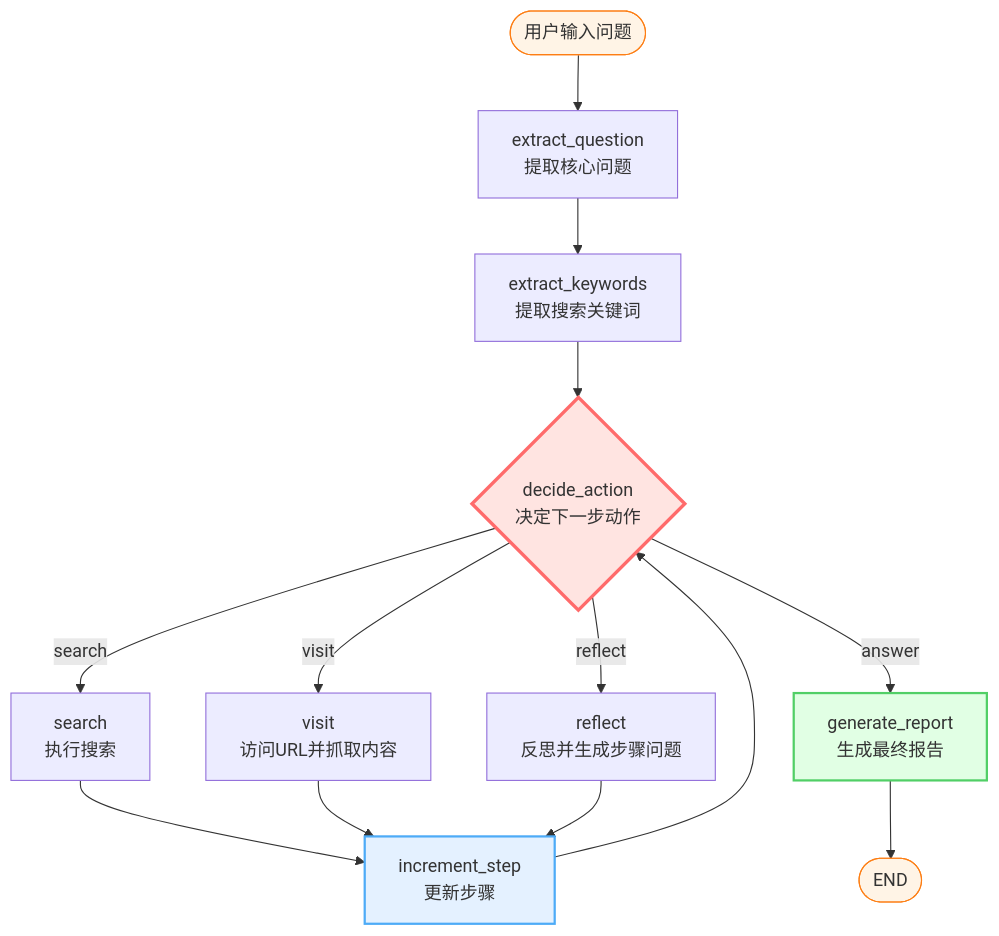
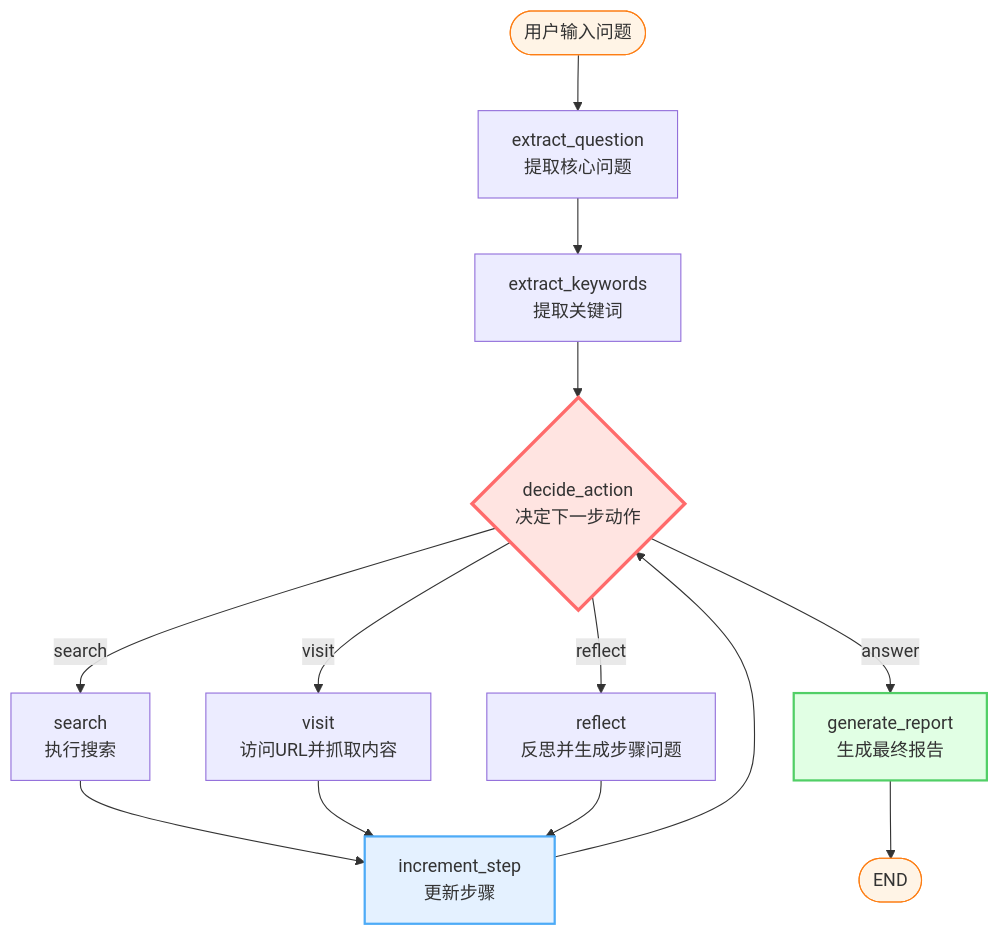
One commit to dengbushi/DeepRAG-Pipeline changed the second of 2 diagrams in README.md. Above: the diagram before and after it, drawn with Mermaid. The commit also changed other lines of this file and 23 other files, not shown here.

````diff
--- a/README.md
+++ b/README.md
@@ -239,25 +259,25 @@
 ```mermaid
 graph TB
     START([用户输入问题]) --> A[extract_question<br/>提取核心问题]
-    A --> B[extract_keywords<br/>提取搜索关键词]
+    A --> B[extract_keywords<br/>提取关键词]
     B --> C{decide_action<br/>决定下一步动作}
     
     C -->|search| D[search<br/>执行搜索]
     C -->|visit| E[visit<br/>访问URL并抓取内容]
     C -->|reflect| F[reflect<br/>反思并生成步骤问题]
     C -->|answer| G[generate_report<br/>生成最终报告]
     
     D --> H[increment_step<br/>更新步骤]
     E --> H
     F --> H
     
     H --> C
     
     G --> END([END])
     
     style C fill:#FFE4E1,stroke:#FF6B6B,stroke-width:3px
     style G fill:#E1FFE4,stroke:#51CF66,stroke-width:2px
     style H fill:#E4F1FF,stroke:#4DABF7,stroke-width:2px
     style START fill:#FFF4E6,stroke:#FD7E14
     style END fill:#FFF4E6,stroke:#FD7E14
 ```
````
